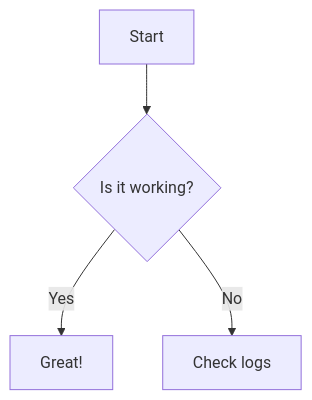
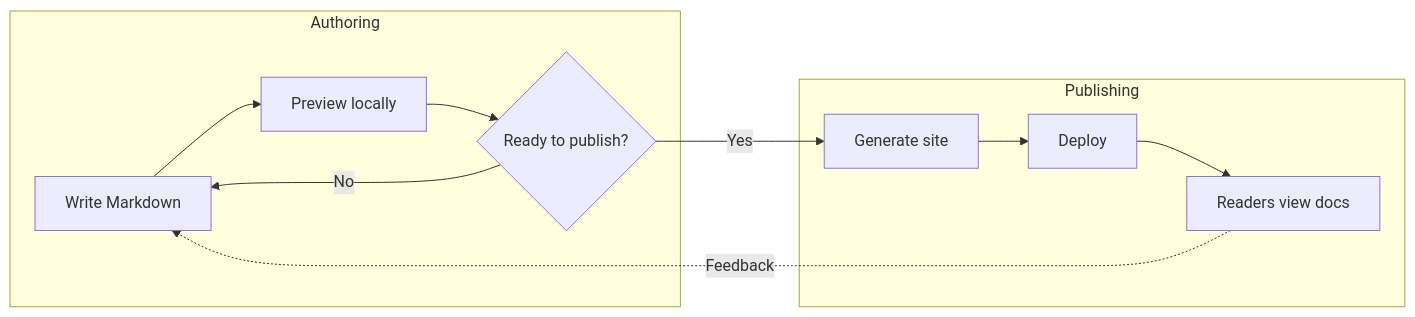
The diagram in docs/markdown.md (life-and-dev/mdsite), drawn with Mermaid before and after one commit. The commit also changed other lines of this file, not shown here.

Commit message:
fix(markdown) - improve Mermaid rendering and example
Keep complex diagrams readable across responsive document layouts

Behavioral Changes:
📐 Mermaid diagrams fill and center within document width
🔤 Mermaid labels render without clipping
📝 Mermaid guide shows connected publishing workflow

````diff
--- a/docs/markdown.md
+++ b/docs/markdown.md
@@ -130,6 +140,16 @@
 ```mermaid
-graph TD;
-    A[Start] --> B{Is it working?};
-    B -- Yes --> C[Great!];
-    B -- No --> D[Check logs];
+flowchart LR
+    subgraph authoring[Authoring]
+        A[Write Markdown] --> B[Preview locally]
+        B --> C{Ready to publish?}
+        C -- No --> A
+    end
+
+    subgraph publishing[Publishing]
+        D[Generate site] --> E[Deploy]
+        E --> F[Readers view docs]
+    end
+
+    C -- Yes --> D
+    F -. Feedback .-> A
 ```
````
